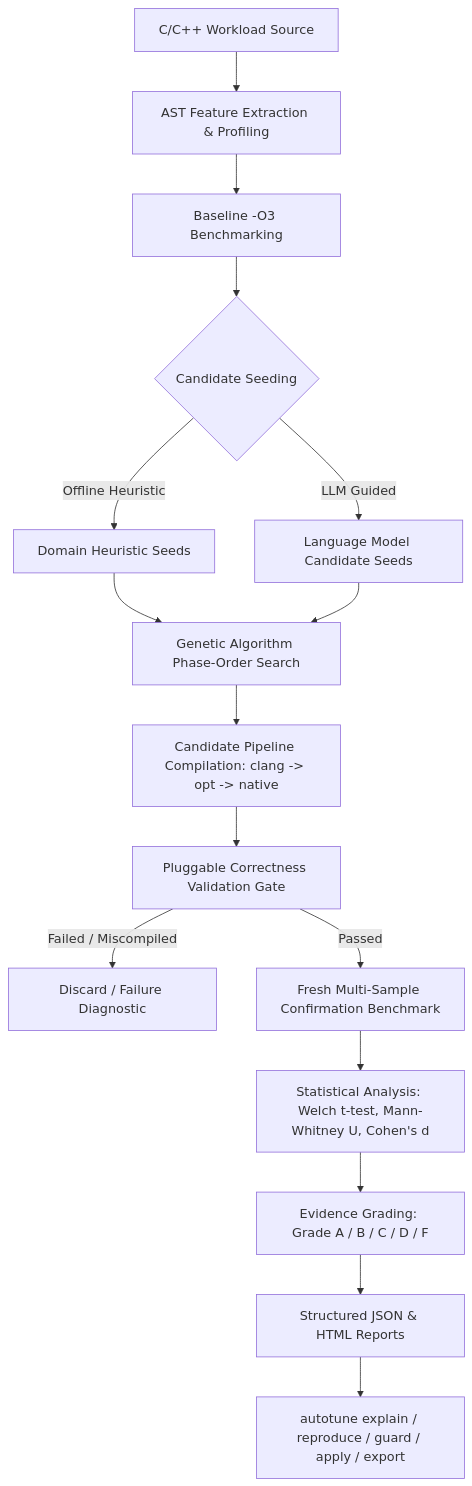
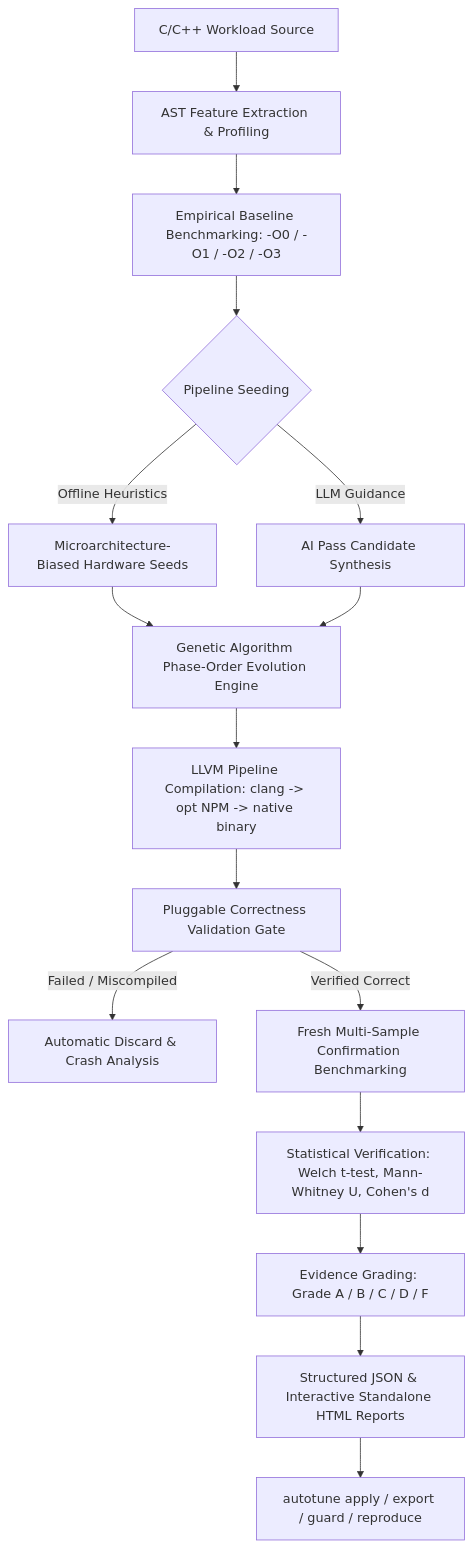
One commit to youknowme19/Autotune-The-Phase-Ordering-CLI-Doctor changed the diagram in README.md. Above: the diagram before and after it, drawn with Mermaid. The commit also changed other lines of this file, not shown here.

First line of the commit message:
docs(readme): overhaul organization README with empirical proof benchmarks and comparison matrix

````diff
--- a/README.md
+++ b/README.md
@@ -34,18 +83,18 @@
 ```mermaid
 flowchart TD
     A[C/C++ Workload Source] --> B[AST Feature Extraction & Profiling]
-    B --> C[Baseline -O3 Benchmarking]
-    C --> D{Candidate Seeding}
-    D -->|Offline Heuristic| E[Domain Heuristic Seeds]
-    D -->|LLM Guided| F[Language Model Candidate Seeds]
-    E --> G[Genetic Algorithm Phase-Order Search]
+    B --> C[Empirical Baseline Benchmarking: -O0 / -O1 / -O2 / -O3]
+    C --> D{Pipeline Seeding}
+    D -->|Offline Heuristics| E[Microarchitecture-Biased Hardware Seeds]
+    D -->|LLM Guidance| F[AI Pass Candidate Synthesis]
+    E --> G[Genetic Algorithm Phase-Order Evolution Engine]
     F --> G
-    G --> H[Candidate Pipeline Compilation: clang -> opt -> native]
+    G --> H[LLVM Pipeline Compilation: clang -> opt NPM -> native binary]
     H --> I[Pluggable Correctness Validation Gate]
-    I -->|Failed / Miscompiled| J[Discard / Failure Diagnostic]
-    I -->|Passed| K[Fresh Multi-Sample Confirmation Benchmark]
-    K --> L[Statistical Analysis: Welch t-test, Mann-Whitney U, Cohen's d]
+    I -->|Failed / Miscompiled| J[Automatic Discard & Crash Analysis]
+    I -->|Verified Correct| K[Fresh Multi-Sample Confirmation Benchmarking]
+    K --> L[Statistical Verification: Welch t-test, Mann-Whitney U, Cohen's d]
     L --> M[Evidence Grading: Grade A / B / C / D / F]
-    M --> N[Structured JSON & HTML Reports]
-    N --> O[autotune explain / reproduce / guard / apply / export]
+    M --> N[Structured JSON & Interactive Standalone HTML Reports]
+    N --> O[autotune apply / export / guard / reproduce]
 ```
````
